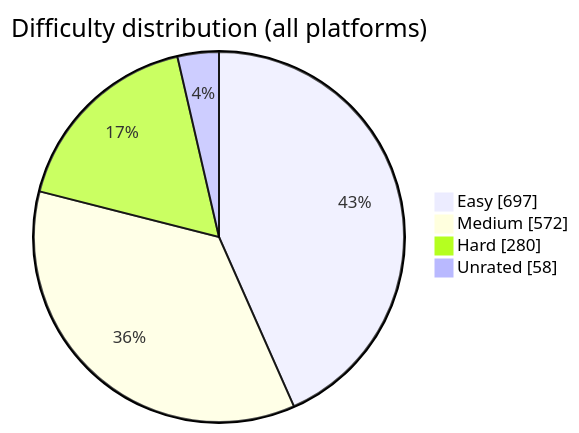
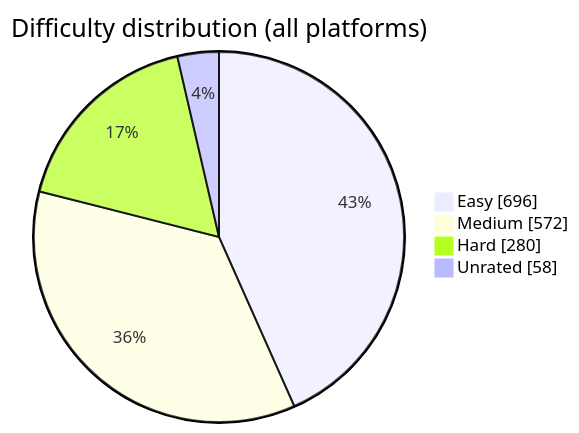
The diagram in README.md (BuildbyArindam/Daily-Coding-Log), drawn with Mermaid before and after one commit. The commit also changed other lines of this file, not shown here.

````diff
--- a/README.md
+++ b/README.md
@@ -93,7 +93,7 @@
 ```mermaid
 pie showData title Difficulty distribution (all platforms)
-    "Easy" : 697
+    "Easy" : 696
     "Medium" : 572
     "Hard" : 280
     "Unrated" : 58
 ```
````
